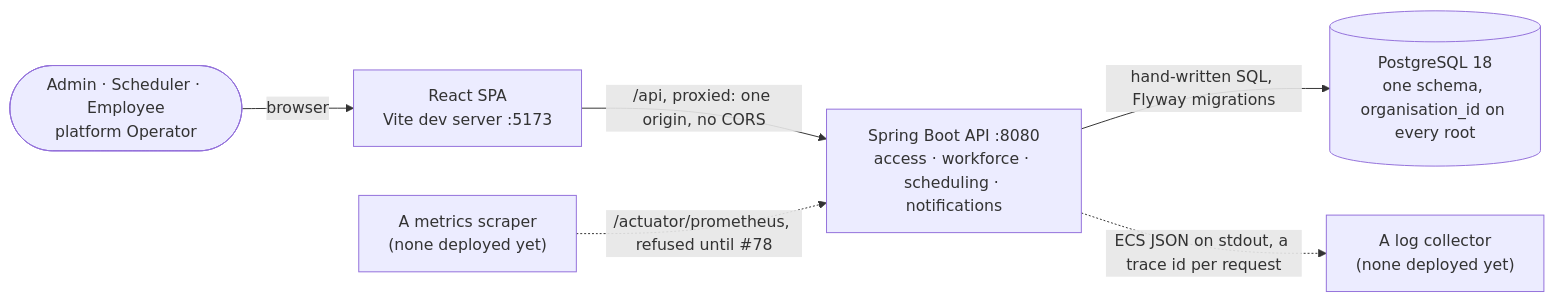
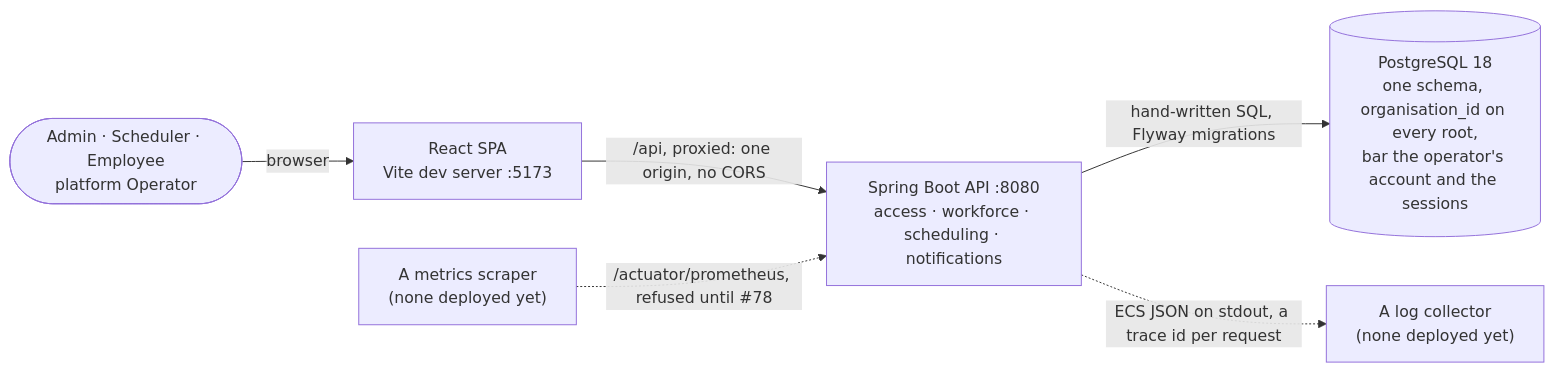
The first of 2 diagrams in README.md (NaimElijah/HrSched), drawn with Mermaid before and after one commit. The commit also changed 3 other files, not shown here.

````diff
--- a/README.md
+++ b/README.md
@@ -16,15 +16,15 @@
 ```mermaid
 flowchart LR
     people(["Admin · Scheduler · Employee<br/>platform Operator"])
     spa["React SPA<br/>Vite dev server :5173"]
     api["Spring Boot API :8080<br/>access · workforce · scheduling · notifications"]
-    db[("PostgreSQL 18<br/>one schema, organisation_id on every root")]
+    db[("PostgreSQL 18<br/>one schema, organisation_id on every root,<br/>bar the operator's account and the sessions")]
     scraper["A metrics scraper<br/>(none deployed yet)"]
     logs["A log collector<br/>(none deployed yet)"]
 
     people -->|browser| spa
     spa -->|"/api, proxied: one origin, no CORS"| api
     api -->|"hand-written SQL, Flyway migrations"| db
     scraper -.->|"/actuator/prometheus, refused until #78"| api
     api -.->|"ECS JSON on stdout, a trace id per request"| logs
 ```
````
